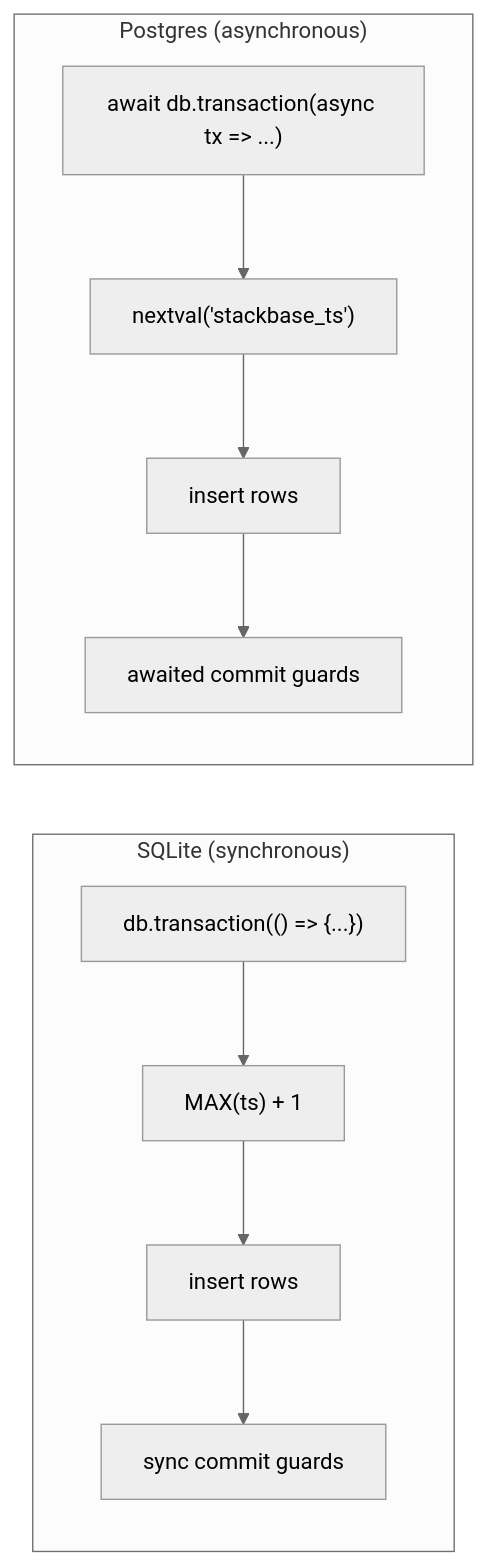
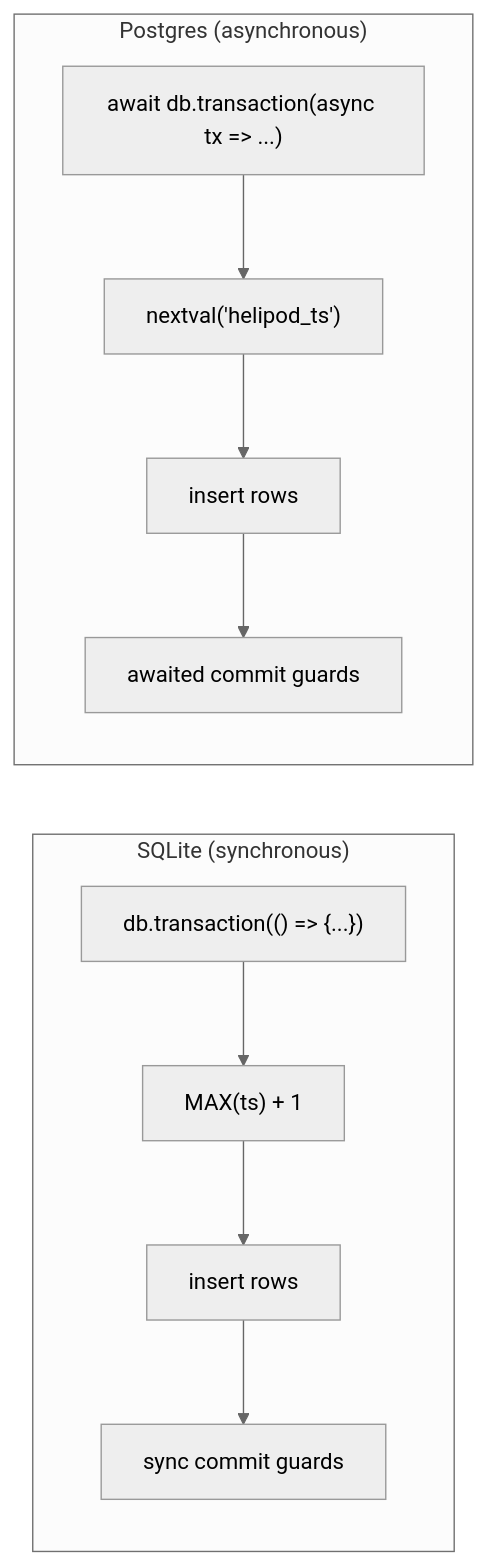
The second of 2 diagrams in website/content/docs/contributing/extending/storage-adapter.mdx (helipod-sh/helipod), drawn with Mermaid (neutral theme) before and after one commit. The commit also changed other lines of this file and 1141 other files, not shown here.

First line of the commit message:
feat: rename project from stackbase to helipod

````diff
--- a/website/content/docs/contributing/extending/storage-adapter.mdx
+++ b/website/content/docs/contributing/extending/storage-adapter.mdx
@@ -167,13 +167,13 @@
 ```mermaid
 flowchart LR
     subgraph SQLite["SQLite (synchronous)"]
         s1["db.transaction(() => {...})"] --> s2["MAX(ts) + 1"]
         s2 --> s3["insert rows"]
         s3 --> s4["sync commit guards"]
     end
     subgraph Postgres["Postgres (asynchronous)"]
-        p1["await db.transaction(async tx => ...)"] --> p2["nextval('stackbase_ts')"]
+        p1["await db.transaction(async tx => ...)"] --> p2["nextval('helipod_ts')"]
         p2 --> p3["insert rows"]
         p3 --> p4["awaited commit guards"]
     end
 ```
````
